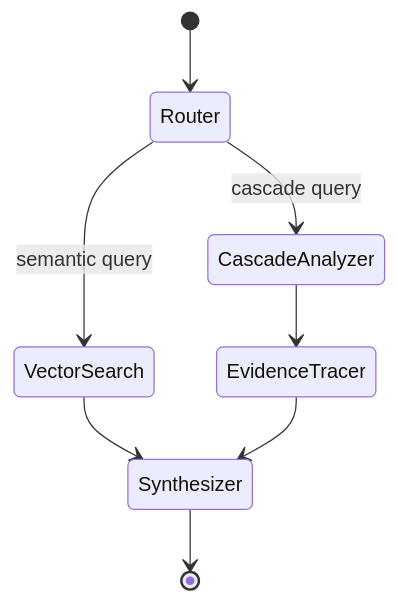
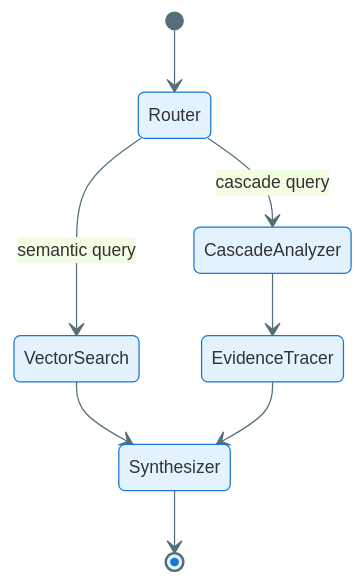
One commit to Lizo-RoadTown/PROVES_LIBRARY changed the diagram in docs/ROADMAP.md. Above: the diagram before and after it, drawn with Mermaid. The commit also changed 14 other files, not shown here.

First line of the commit message:
Apply professional theme to all Mermaid diagrams

````diff
--- a/docs/ROADMAP.md
+++ b/docs/ROADMAP.md
@@ -366,10 +366,20 @@
    ```mermaid
+%%{init: {
+  'theme': 'base',
+  'themeVariables': {
+    'primaryColor': '#e3f2fd',
+    'primaryBorderColor': '#1976d2',
+    'lineColor': '#546e7a',
+    'fontFamily': 'system-ui, -apple-system, sans-serif',
+    'fontSize': '14px'
+  }
+}}%%
    stateDiagram-v2
        [*] --> Router
        Router --> CascadeAnalyzer: cascade query
        Router --> VectorSearch: semantic query
        CascadeAnalyzer --> EvidenceTracer
        VectorSearch --> Synthesizer
        EvidenceTracer --> Synthesizer
        Synthesizer --> [*]
    ```
````
